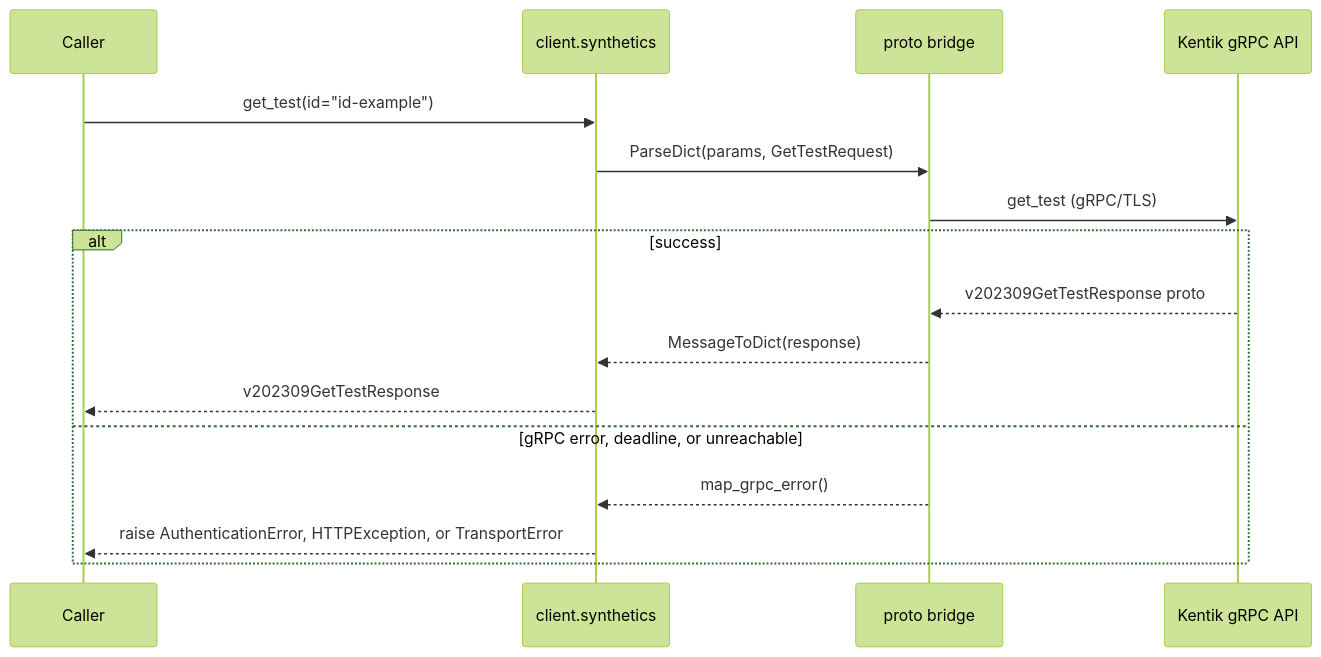
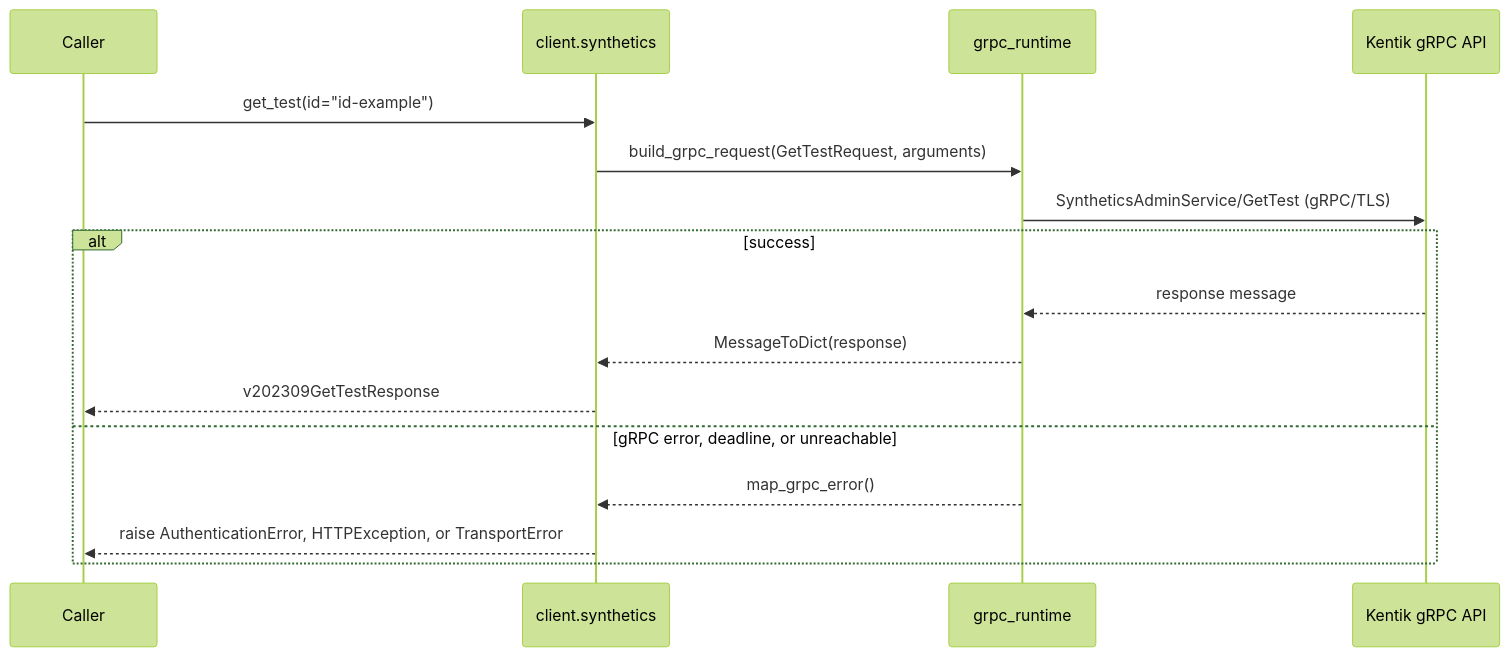
Before and after one commit to alexdearaujo/community_sdk_python: diagram 25 of 38 in docs/sphinx/services/synthetics.md, drawn with Mermaid (forest theme). The commit also changed other lines of this file and 37 other files, not shown here.

First line of the commit message:
docs: show the real RPC in each service page's gRPC diagram

````diff
--- a/docs/sphinx/services/synthetics.md
+++ b/docs/sphinx/services/synthetics.md
@@ -883,19 +883,19 @@
 ```mermaid
 sequenceDiagram
     participant C as Caller
     participant W as client.synthetics
-    participant B as proto bridge
+    participant R as grpc_runtime
     participant API as Kentik gRPC API
 
     C->>W: get_test(id="id-example")
-    W->>B: ParseDict(params, GetTestRequest)
-    B->>API: get_test (gRPC/TLS)
+    W->>R: build_grpc_request(GetTestRequest, arguments)
+    R->>API: SyntheticsAdminService/GetTest (gRPC/TLS)
     alt success
-        API-->>B: v202309GetTestResponse proto
-        B-->>W: MessageToDict(response)
+        API-->>R: response message
+        R-->>W: MessageToDict(response)
         W-->>C: v202309GetTestResponse
     else gRPC error, deadline, or unreachable
-        B-->>W: map_grpc_error()
+        R-->>W: map_grpc_error()
         W-->>C: raise AuthenticationError, HTTPException, or TransportError
     end
 ```
````
